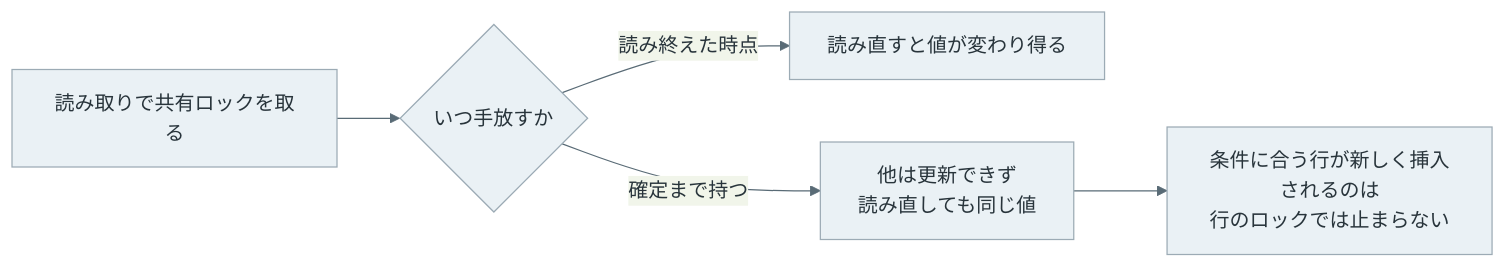
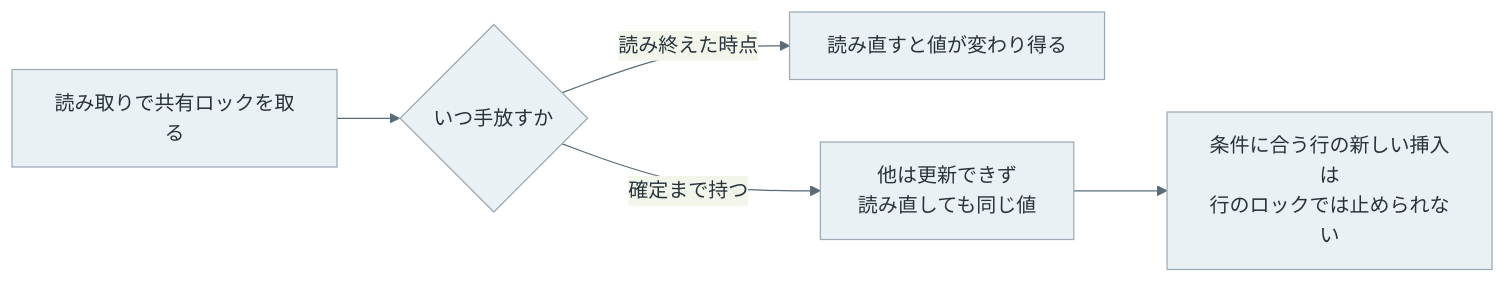
The seventh of 8 diagrams in content/notes/database-systems/transaction-isolation/index.md (nao1215/debimate), drawn with Mermaid before and after one commit. The commit also changed other lines of this file and 56 other files, not shown here.

````diff
--- a/content/notes/database-systems/transaction-isolation/index.md
+++ b/content/notes/database-systems/transaction-isolation/index.md
@@ -201,9 +215,9 @@
 ```mermaid
 %%{init: {"theme":"base","themeVariables":{"primaryColor":"#eaf1f5","primaryTextColor":"#28343b","primaryBorderColor":"#9cabb5","lineColor":"#596b76","textColor":"#28343b","actorBkg":"#eaf1f5","actorBorder":"#9cabb5","actorTextColor":"#28343b","actorLineColor":"#9cabb5","signalColor":"#596b76","signalTextColor":"#28343b","noteBkgColor":"#f7f1e5","noteBorderColor":"#c5b99b","noteTextColor":"#403c32","activationBkgColor":"#edf3ef","activationBorderColor":"#9aafa1"}}}%%
 flowchart LR
     R["読み取りで共有ロックを取る"] --> Q{"いつ手放すか"}
     Q -->|"読み終えた時点"| E["読み直すと値が変わり得る"]
     Q -->|"確定まで持つ"| K["他は更新できず<br/>読み直しても同じ値"]
-    K --> N["条件に合う行が新しく挿入されるのは<br/>行のロックでは止まらない"]
+    K --> N["条件に合う行の新しい挿入は<br/>行のロックでは止められない"]
     classDef default fill:#eaf1f5,stroke:#9cabb5,color:#28343b;
 ```
````
